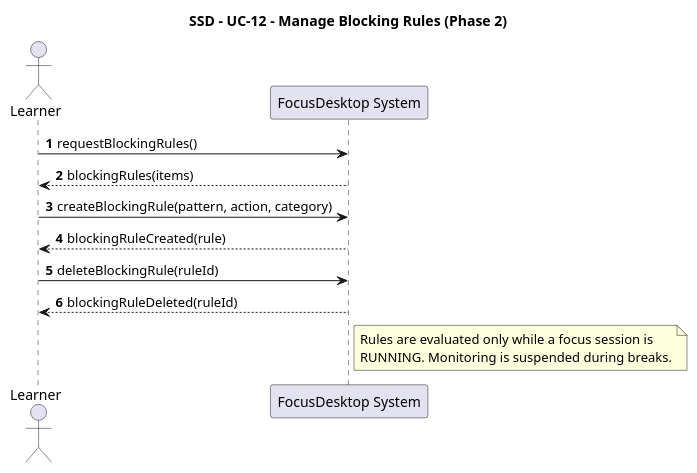
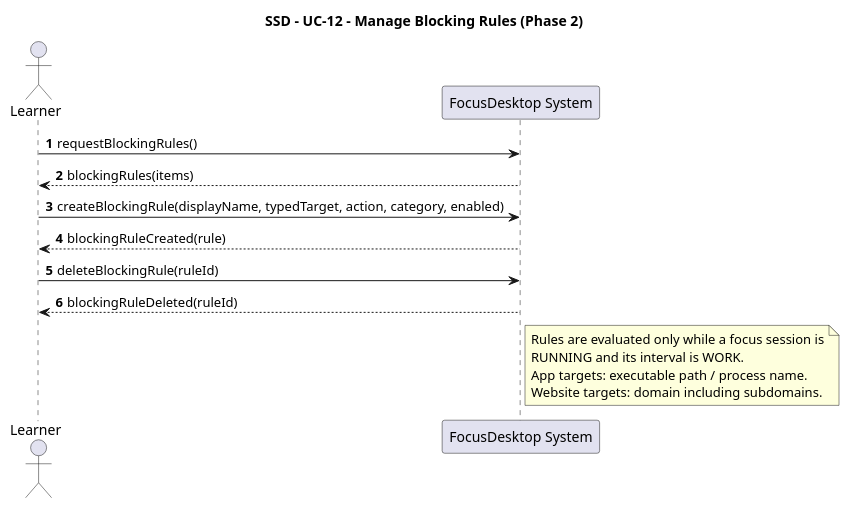
One commit to MiguelRibeiro1210/Focus-and-Study-Tracking changed the diagram in docs/SSD/SSD_BlockingRules.puml. Above: the diagram before and after it, drawn with PlantUML. The commit also changed 31 other files, not shown here.

First line of the commit message:
docs(distractions): define typed targets and protection workflows

```diff
--- a/docs/SSD/SSD_BlockingRules.puml
+++ b/docs/SSD/SSD_BlockingRules.puml
@@ -1,22 +1,24 @@
 @startuml
 title SSD - UC-12 - Manage Blocking Rules (Phase 2)
 
 autonumber
 actor Learner
 participant "FocusDesktop System" as System
 
 Learner -> System : requestBlockingRules()
 System --> Learner : blockingRules(items)
 
-Learner -> System : createBlockingRule(pattern, action, category)
+Learner -> System : createBlockingRule(displayName, typedTarget, action, category, enabled)
 System --> Learner : blockingRuleCreated(rule)
 
 Learner -> System : deleteBlockingRule(ruleId)
 System --> Learner : blockingRuleDeleted(ruleId)
 
 note right of System
   Rules are evaluated only while a focus session is
-  RUNNING. Monitoring is suspended during breaks.
+  RUNNING and its interval is WORK.
+  App targets: executable path / process name.
+  Website targets: domain including subdomains.
 end note
 
 @enduml
```
